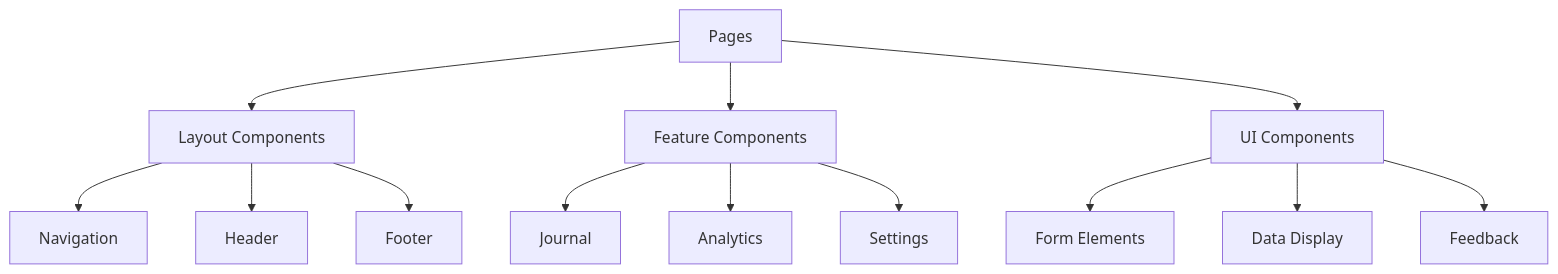
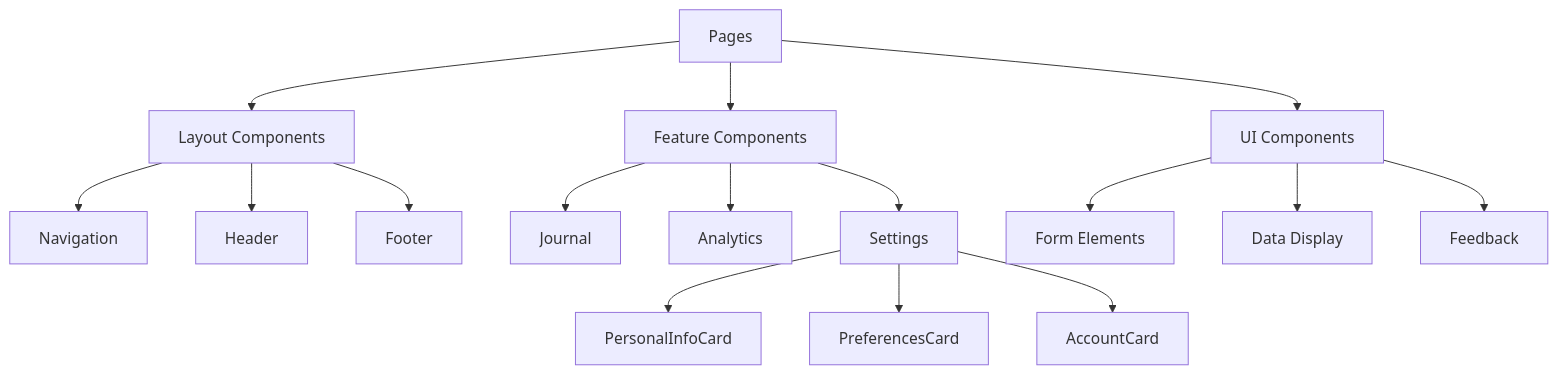
Before and after one commit to victorkiambi/personal-journaling-app: the second of 3 diagrams in SYSTEM_DESIGN.md, drawn with Mermaid. The commit also changed other lines of this file and 2 other files, not shown here.

Commit message:
docs: update system design, database schema, and component documentation

````diff
--- a/SYSTEM_DESIGN.md
+++ b/SYSTEM_DESIGN.md
@@ -46,15 +50,18 @@
 ```mermaid
 graph TD
     A[Pages] --> B[Layout Components]
     A --> C[Feature Components]
     A --> D[UI Components]
     B --> E[Navigation]
     B --> F[Header]
     B --> G[Footer]
     C --> H[Journal]
     C --> I[Analytics]
     C --> J[Settings]
-    D --> K[Form Elements]
-    D --> L[Data Display]
-    D --> M[Feedback]
+    J --> K[PersonalInfoCard]
+    J --> L[PreferencesCard]
+    J --> M[AccountCard]
+    D --> N[Form Elements]
+    D --> O[Data Display]
+    D --> P[Feedback]
 ```
````
